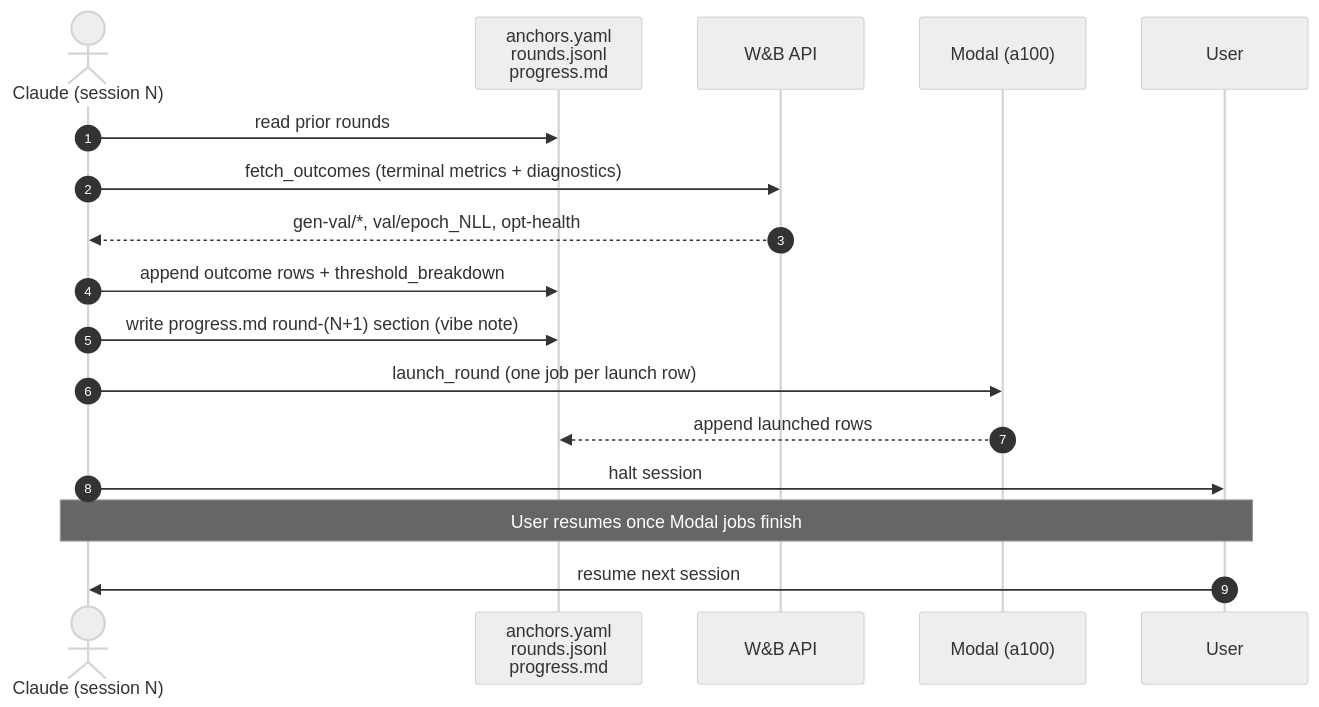
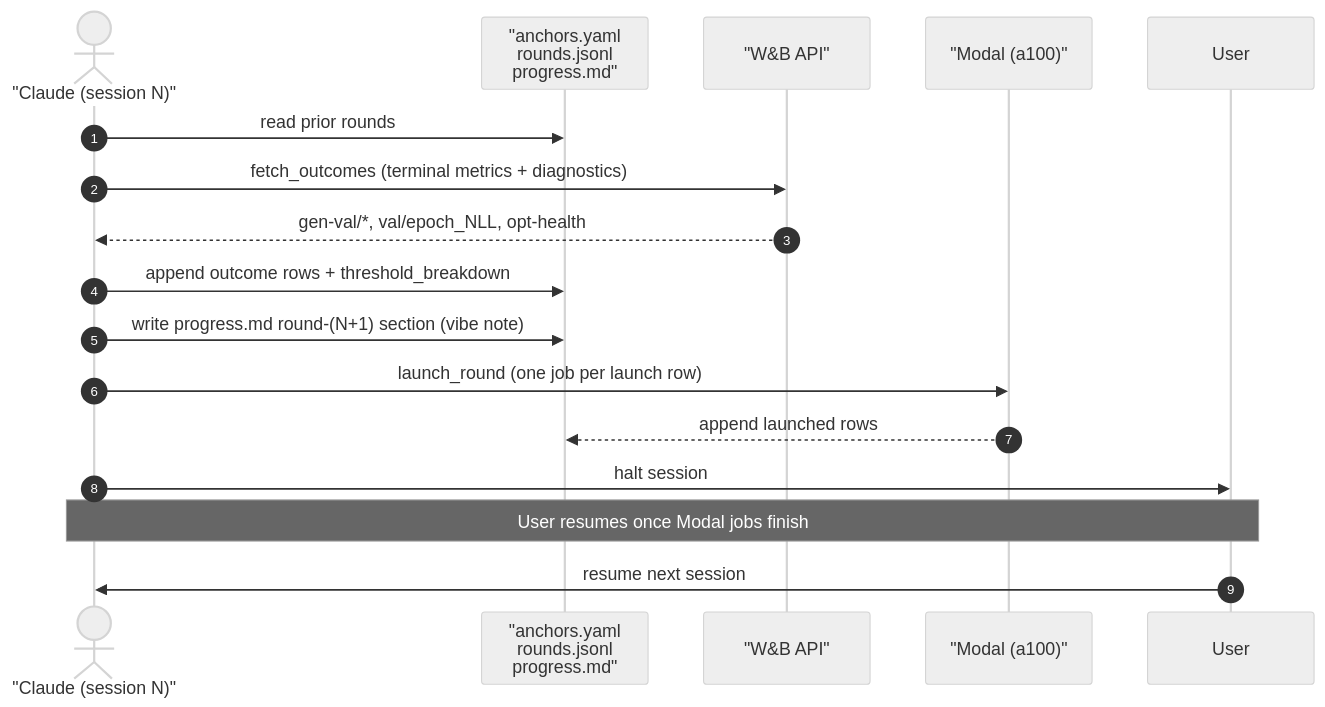
One commit to shervinkhalafi/graph_gen changed the first of 4 diagrams in tmgg/docs/experiments/sweep/smallest-config-2026-04-29/methodology.md. Above: the diagram before and after it, drawn with Mermaid (neutral theme). The commit also changed other lines of this file, not shown here.

Commit message:
fix(docs): quote mermaid node labels with special chars to satisfy v10.2.3 parser

````diff
--- a/tmgg/docs/experiments/sweep/smallest-config-2026-04-29/methodology.md
+++ b/tmgg/docs/experiments/sweep/smallest-config-2026-04-29/methodology.md
@@ -106,20 +106,20 @@
 ```mermaid
 sequenceDiagram
     autonumber
-    actor Claude as Claude (session N)
-    participant State as anchors.yaml<br/>rounds.jsonl<br/>progress.md
-    participant WB as W&B API
-    participant Modal as Modal (a100)
+    actor Claude as "Claude (session N)"
+    participant State as "anchors.yaml<br/>rounds.jsonl<br/>progress.md"
+    participant WB as "W&B API"
+    participant Modal as "Modal (a100)"
     participant User as User
 
     Claude->>State: read prior rounds
     Claude->>WB: fetch_outcomes (terminal metrics + diagnostics)
     WB-->>Claude: gen-val/*, val/epoch_NLL, opt-health
     Claude->>State: append outcome rows + threshold_breakdown
     Claude->>State: write progress.md round-(N+1) section (vibe note)
     Claude->>Modal: launch_round (one job per launch row)
     Modal-->>State: append launched rows
     Claude->>User: halt session
     Note over User,Claude: User resumes once Modal jobs finish
     User->>Claude: resume next session
 ```
````
